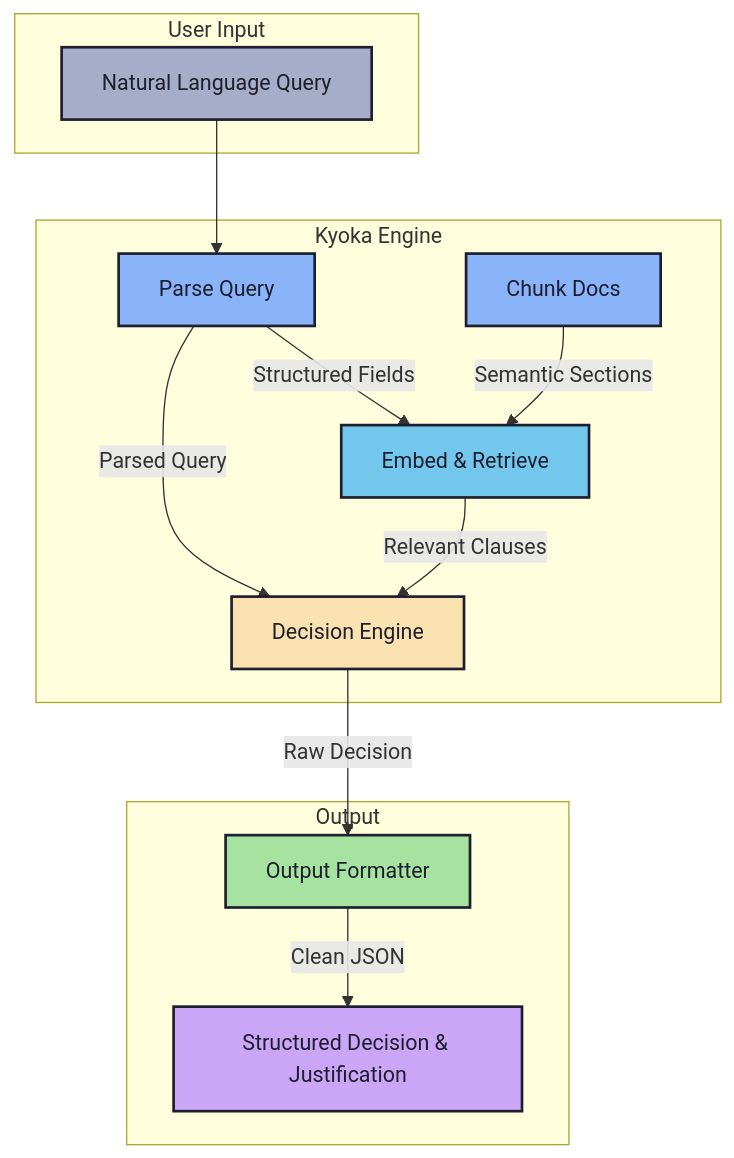
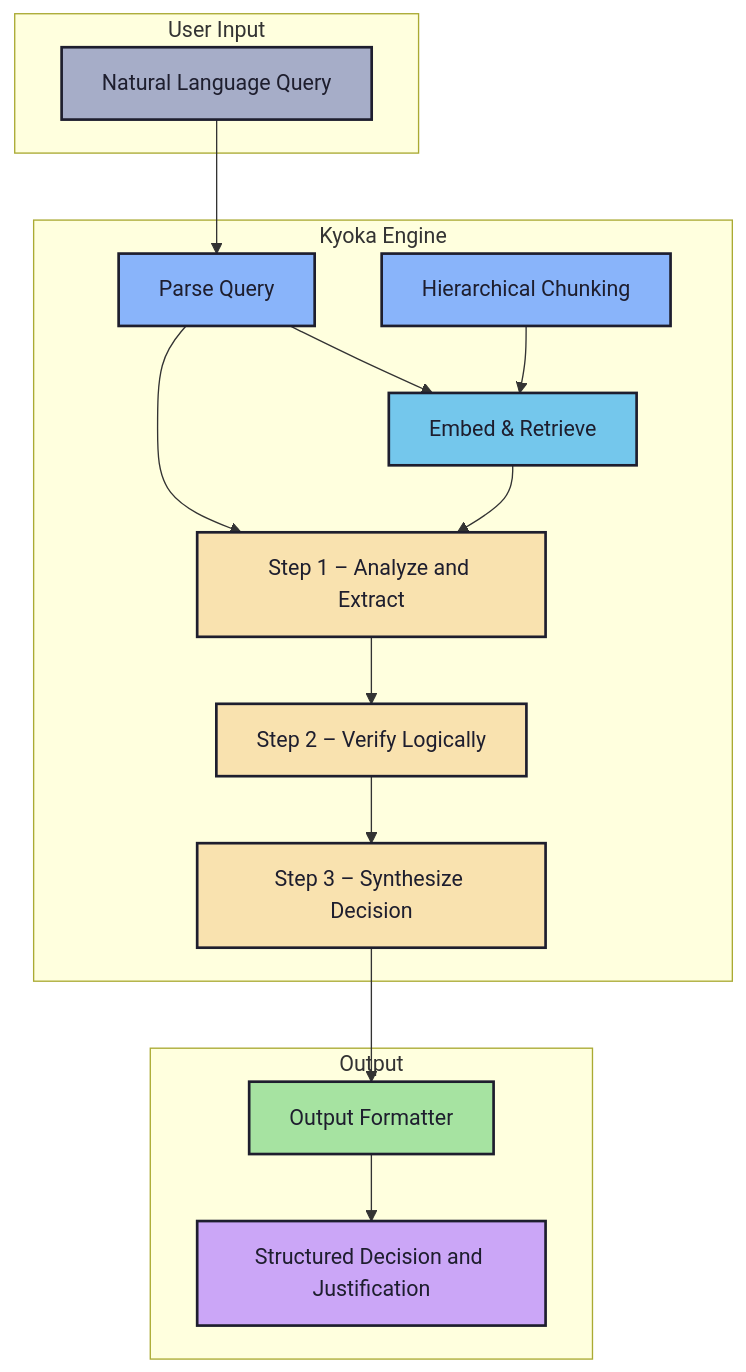
The first of 2 diagrams in README.md (ryu-ryuk/kyoka), drawn with Mermaid before and after one commit. The commit also changed other lines of this file, not shown here.

First line of the commit message:
update: architecture

````diff
--- a/README.md
+++ b/README.md
@@ -39,32 +39,41 @@
 ```mermaid
-graph TD;
+graph TD
     %% nodes
     subgraph User Input
         A[Natural Language Query]
     end
 
     subgraph Kyoka Engine
-        B[Parse Query] -- Structured Fields --> D;
-        C[Chunk Docs] -- Semantic Sections --> D;
-        D[Embed & Retrieve] -- Relevant Clauses --> E[Decision Engine];
-        B -- Parsed Query --> E;
+        B[Parse Query]
+        C[Hierarchical Chunking]
+        D[Embed & Retrieve]
+        E1[Step 1 – Analyze and Extract]
+        E2[Step 2 – Verify Logically]
+        E3[Step 3 – Synthesize Decision]
     end
 
     subgraph Output
-        E -- Raw Decision --> F[Output Formatter];
-        F -- Clean JSON --> G[Structured Decision & Justification];
+        F[Output Formatter]
+        G[Structured Decision and Justification]
     end
 
     %% connections
-    A --> B;
+    A --> B
+    B --> D
+    C --> D
+    D --> E1
+    B --> E1
+    E1 --> E2 --> E3 --> F --> G
 
-    %% styles - catppuccin mocha
+    %% styles
     style A fill:#a6adc8,stroke:#1e1e2e,stroke-width:2px,color:#1e1e2e
     style B fill:#89b4fa,stroke:#1e1e2e,stroke-width:2px,color:#1e1e2e
     style C fill:#89b4fa,stroke:#1e1e2e,stroke-width:2px,color:#1e1e2e
     style D fill:#74c7ec,stroke:#1e1e2e,stroke-width:2px,color:#1e1e2e
-    style E fill:#f9e2af,stroke:#1e1e2e,stroke-width:2px,color:#1e1e2e
+    style E1 fill:#f9e2af,stroke:#1e1e2e,stroke-width:2px,color:#1e1e2e
+    style E2 fill:#f9e2af,stroke:#1e1e2e,stroke-width:2px,color:#1e1e2e
+    style E3 fill:#f9e2af,stroke:#1e1e2e,stroke-width:2px,color:#1e1e2e
     style F fill:#a6e3a1,stroke:#1e1e2e,stroke-width:2px,color:#1e1e2e
     style G fill:#cba6f7,stroke:#1e1e2e,stroke-width:2px,color:#1e1e2e
 
 ```
````
